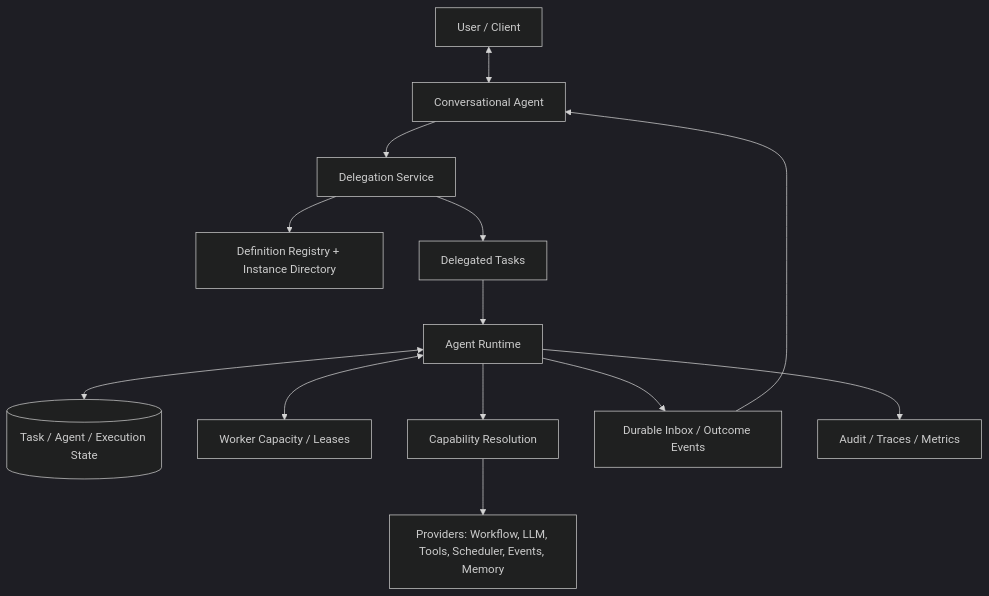
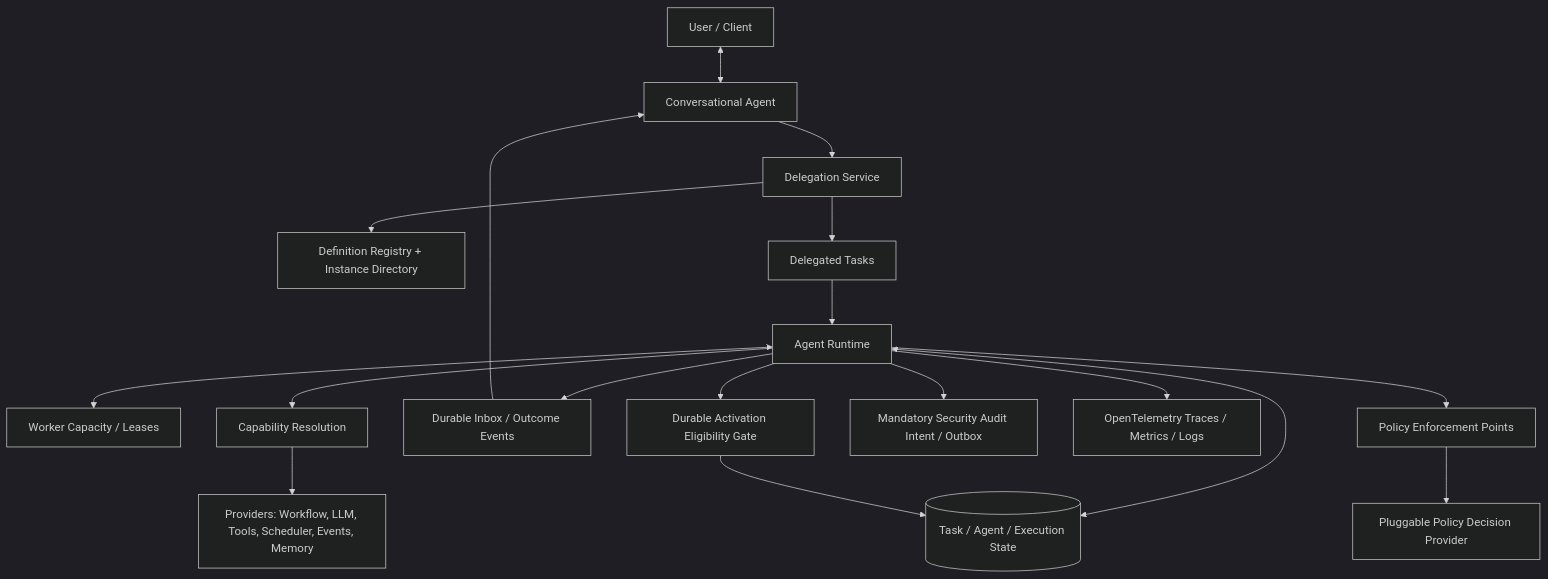
One commit to bassemZohdy/agentropy changed the diagram in docs/architecture.md. Above: the diagram before and after it, drawn with Mermaid (dark theme). The commit also changed other lines of this file, not shown here.

Commit message:
docs: separate audit, governance and telemetry in architecture

````diff
--- a/docs/architecture.md
+++ b/docs/architecture.md
@@ -7,15 +7,20 @@
 ```mermaid
 flowchart TB
   User[User / Client] <--> Conversation[Conversational Agent]
   Conversation --> Delegation[Delegation Service]
   Delegation --> Registry[Definition Registry + Instance Directory]
   Delegation --> Task[Delegated Tasks]
   Task --> Runtime[Agent Runtime]
   Runtime <--> State[(Task / Agent / Execution State)]
   Runtime <--> Pool[Worker Capacity / Leases]
   Runtime --> Profiles[Capability Resolution]
   Profiles --> Providers[Providers: Workflow, LLM, Tools, Scheduler, Events, Memory]
   Runtime --> Inbox[Durable Inbox / Outcome Events]
   Inbox --> Conversation
-  Runtime --> Telemetry[Audit / Traces / Metrics]
+  Runtime --> PEP[Policy Enforcement Points]
+  PEP --> PDP[Pluggable Policy Decision Provider]
+  Runtime --> Audit[Mandatory Security Audit Intent / Outbox]
+  Runtime --> Telemetry[OpenTelemetry Traces / Metrics / Logs]
+  Runtime --> Gate[Durable Activation Eligibility Gate]
+  Gate --> State
 ```
````
